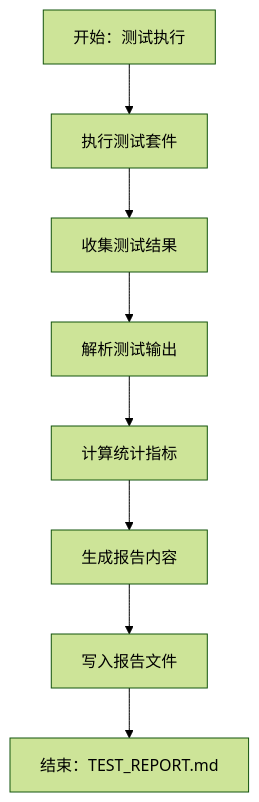
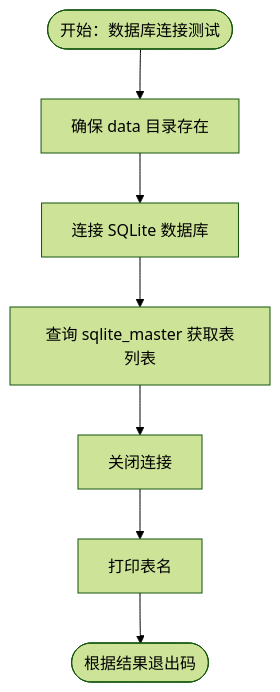
The sixth of 8 diagrams in .qoder/repowiki/zh/content/测试与质量保证.md (iammm0/secbot), drawn with Mermaid (forest theme) before and after one commit. The commit also changed other lines of this file and 47 other files, not shown here.

````diff
--- a/.qoder/repowiki/zh/content/测试与质量保证.md
+++ b/.qoder/repowiki/zh/content/测试与质量保证.md
@@ -267,10 +283,9 @@
 ```mermaid
 flowchart TD
-START["开始：测试执行"] --> RUN["执行测试套件"]
-RUN --> RESULT["收集测试结果"]
-RESULT --> PARSE["解析测试输出"]
-PARSE --> CALC["计算统计指标"]
-CALC --> GEN["生成报告内容"]
-GEN --> WRITE["写入报告文件"]
-WRITE --> END["结束：TEST_REPORT.md"]
+Start(["开始：数据库连接测试"]) --> EnsureDir["确保 data 目录存在"]
+EnsureDir --> Connect["连接 SQLite 数据库"]
+Connect --> Query["查询 sqlite_master 获取表列表"]
+Query --> Close["关闭连接"]
+Close --> Print["打印表名"]
+Print --> Exit(["根据结果退出码"])
 ```
````
